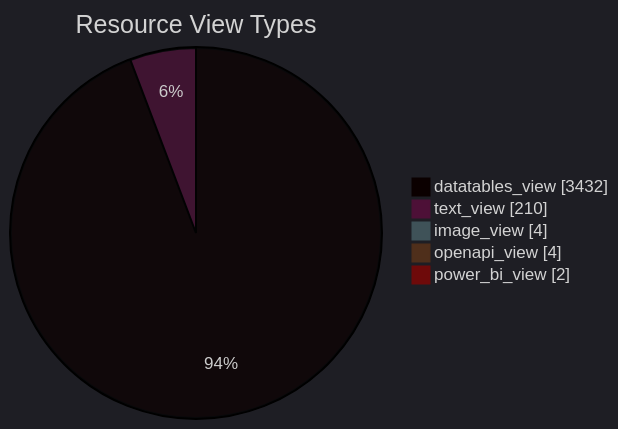
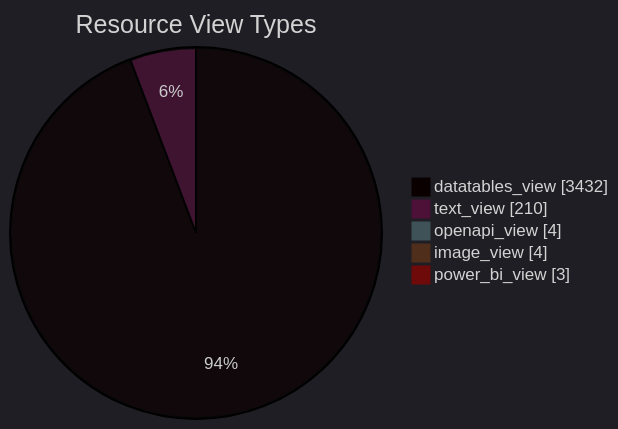
The diagram in datastore_tracker/resource_view_types_pie_chart.md (open-data/analytics-corporate-reporting), drawn with Mermaid before and after one commit. The commit also changed 8 other files, not shown here.

````diff
--- a/datastore_tracker/resource_view_types_pie_chart.md
+++ b/datastore_tracker/resource_view_types_pie_chart.md
@@ -2,12 +2,12 @@
 ```mermaid
 ---
 config:
   theme: dark
 ---
 pie showData title Resource View Types
     "datatables_view": 3432
     "text_view": 210
+    "openapi_view": 4
     "image_view": 4
-    "openapi_view": 4
-    "power_bi_view": 2
+    "power_bi_view": 3
 ```
````
